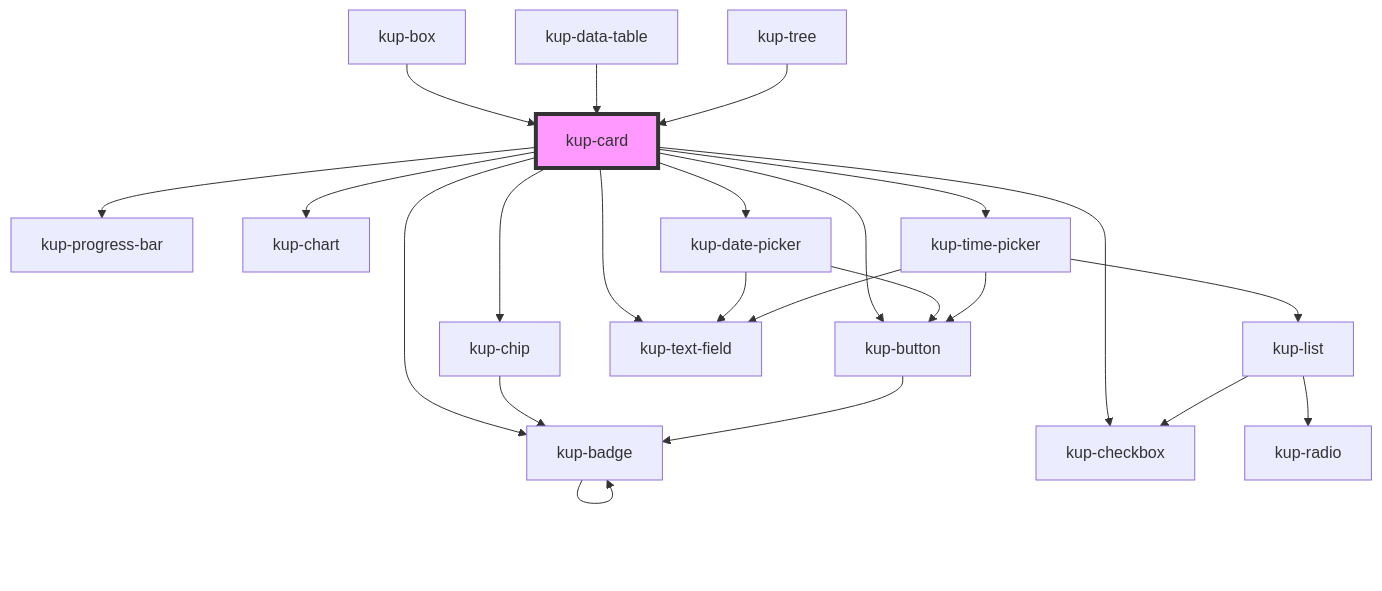
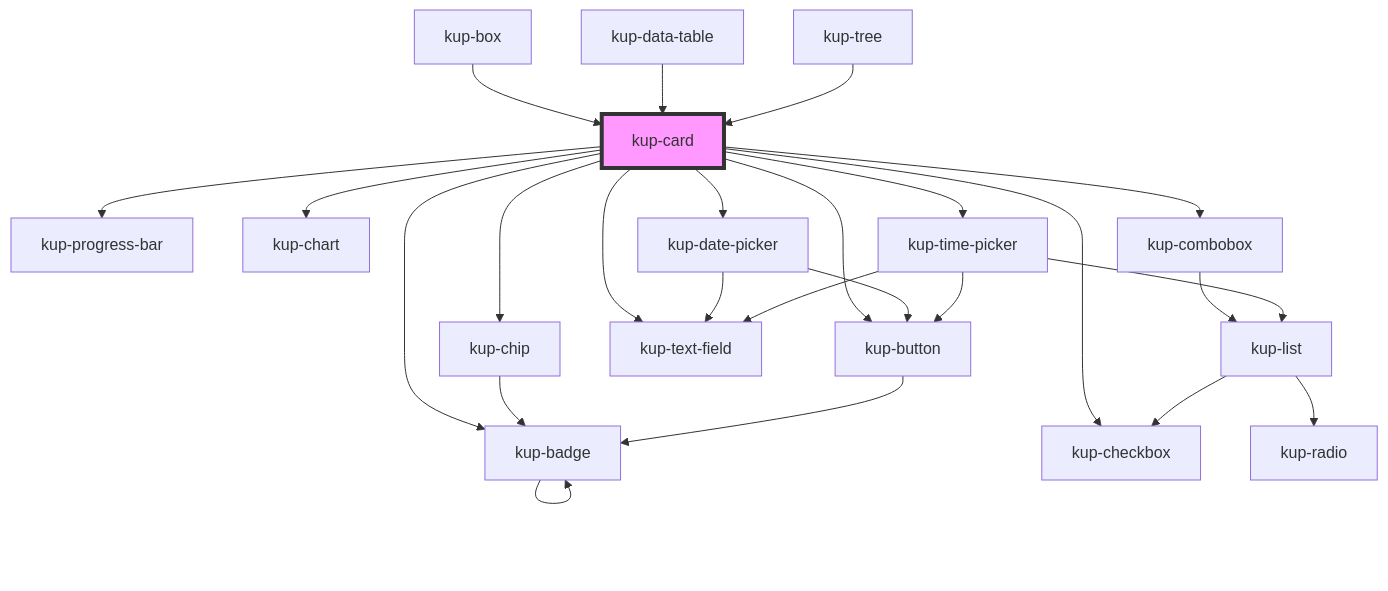
One commit to smeup/ketchup changed the diagram in packages/ketchup/src/components/kup-card/readme.md. Above: the diagram before and after it, drawn with Mermaid. The commit also changed other lines of this file and 11 other files, not shown here.

````diff
--- a/packages/ketchup/src/components/kup-card/readme.md
+++ b/packages/ketchup/src/components/kup-card/readme.md
@@ -83,26 +84,28 @@
 ```mermaid
 graph TD;
   kup-card --> kup-chip
   kup-card --> kup-button
   kup-card --> kup-badge
   kup-card --> kup-progress-bar
   kup-card --> kup-chart
   kup-card --> kup-checkbox
+  kup-card --> kup-combobox
   kup-card --> kup-date-picker
   kup-card --> kup-text-field
   kup-card --> kup-time-picker
   kup-chip --> kup-badge
   kup-badge --> kup-badge
   kup-button --> kup-badge
+  kup-combobox --> kup-list
+  kup-list --> kup-radio
+  kup-list --> kup-checkbox
   kup-date-picker --> kup-text-field
   kup-date-picker --> kup-button
   kup-time-picker --> kup-text-field
   kup-time-picker --> kup-button
   kup-time-picker --> kup-list
-  kup-list --> kup-radio
-  kup-list --> kup-checkbox
   kup-box --> kup-card
   kup-data-table --> kup-card
   kup-tree --> kup-card
   style kup-card fill:#f9f,stroke:#333,stroke-width:4px
 ```
````
